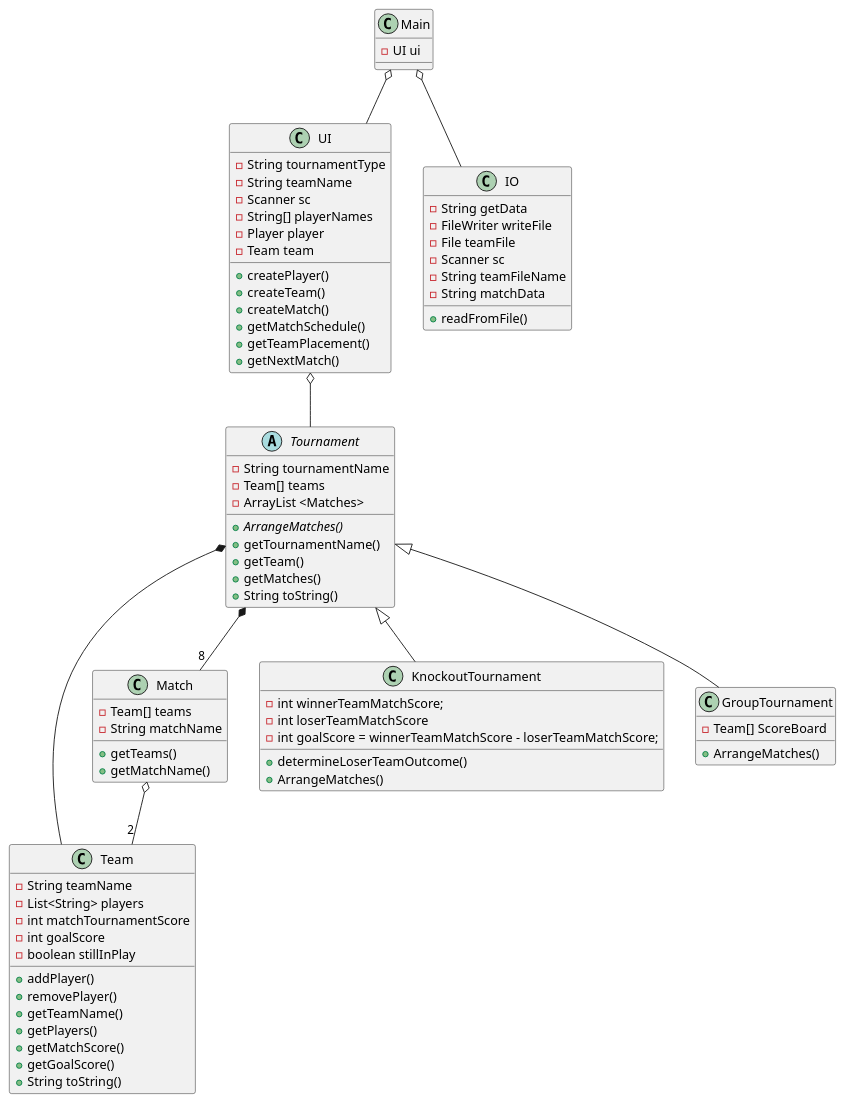
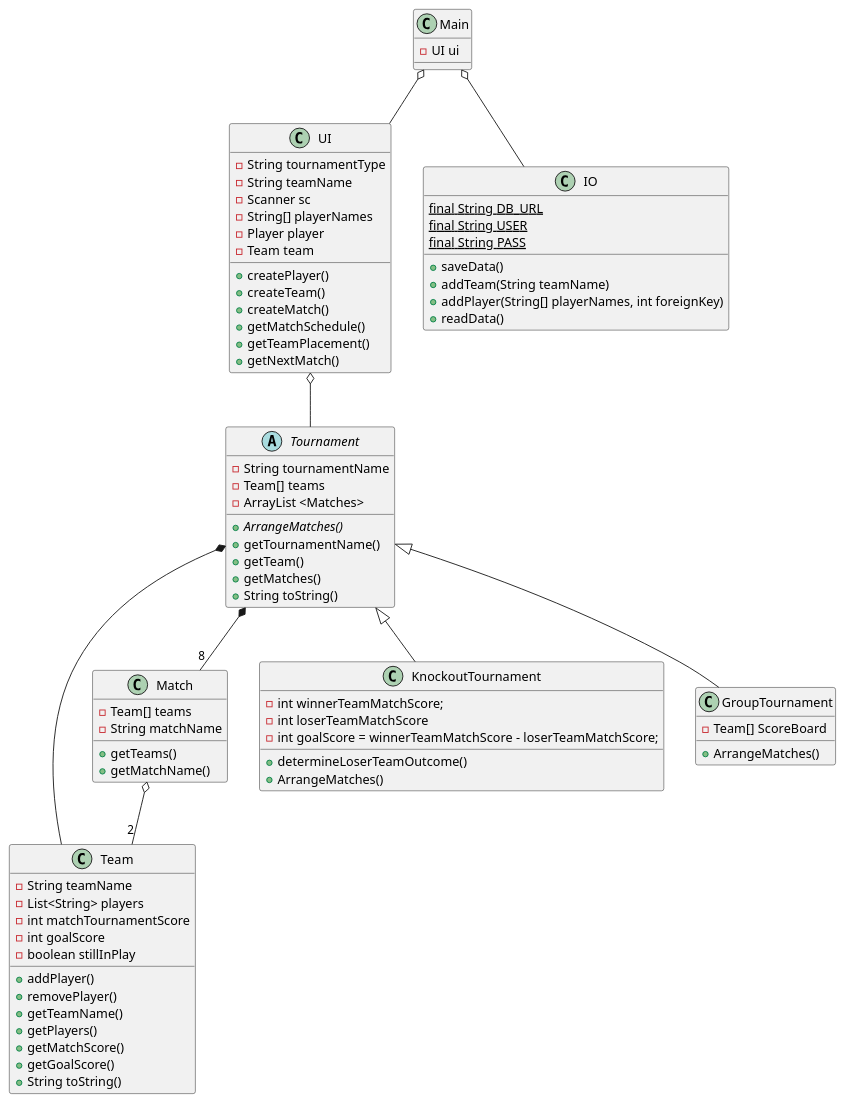
Before and after one commit to DeRp-DaWg/SP3: the diagram in doc/Class.puml, drawn with PlantUML.

```diff
--- a/doc/Class.puml
+++ b/doc/Class.puml
@@ -1,88 +1,88 @@
 @startuml
 'https://plantuml.com/class-diagram
 
 class Main{
 -UI ui
 }
 
 
 class Team {
 -String teamName
 -List<String> players
 -int matchTournamentScore
 -int goalScore
 -boolean stillInPlay
 +addPlayer()
 +removePlayer()
 +getTeamName()
 +getPlayers()
 +getMatchScore()
 +getGoalScore()
 +String toString()
 }
 
 class Match{
 -Team[] teams
 -String matchName
 +getTeams()
 +getMatchName()
 }
 
 abstract Tournament {
 -String tournamentName
 -Team[] teams
 -ArrayList <Matches>
 +{abstract}ArrangeMatches()
 +getTournamentName()
 +getTeam()
 +getMatches()
 +String toString()
 }
 
 class KnockoutTournament{
 -int winnerTeamMatchScore;
 -int loserTeamMatchScore
 -int goalScore = winnerTeamMatchScore - loserTeamMatchScore;
 +determineLoserTeamOutcome()
 +ArrangeMatches()
 }
 
 class GroupTournament{
 -Team[] ScoreBoard
 +ArrangeMatches()
 }
 
 class UI {
 -String tournamentType
 -String teamName
 -Scanner sc
 -String[] playerNames
 -Player player
 -Team team
 +createPlayer()
 +createTeam()
 +createMatch()
 +getMatchSchedule()
 +getTeamPlacement()
 +getNextMatch()
 }
 
 class IO {
--String getData
--FileWriter writeFile
--File teamFile
--Scanner sc
--String teamFileName
--String matchData
-+readFromFile()
+{static}final String DB_URL
+{static}final String USER
+{static}final String PASS
++saveData()
++addTeam(String teamName)
++addPlayer(String[] playerNames, int foreignKey)
++readData()
 }
 
 UI o-- Tournament
 Main o-- IO
 Tournament *-- "8" Match
 Tournament *-- Team
 Match o-- "2" Team
 Tournament <|-- KnockoutTournament
 Tournament <|-- GroupTournament
 Main o-- UI
 @enduml
```
